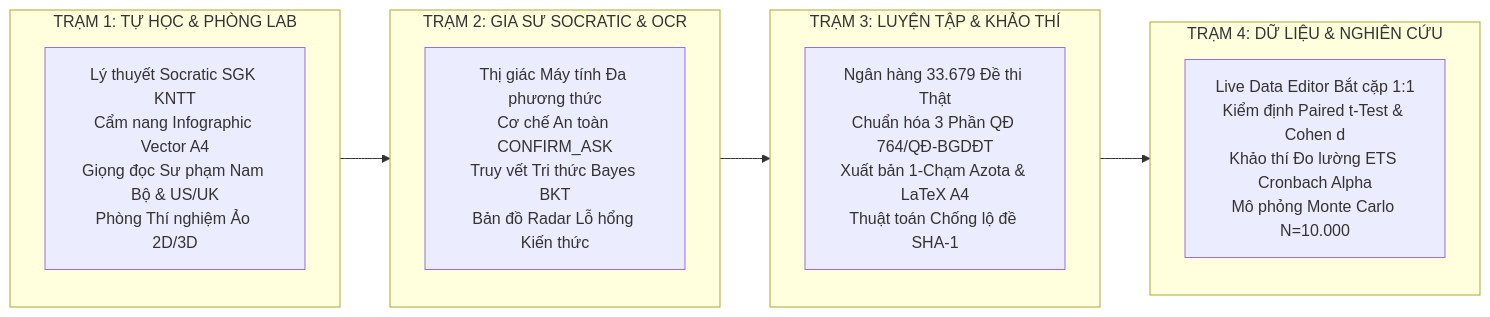
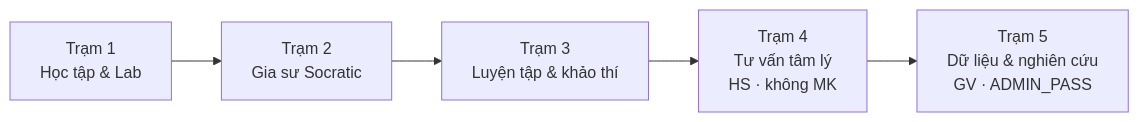
Before and after one commit to ThayTriCute/CLAUDE_VIPGSAI_KHKT2026: the diagram in README.md, drawn with Mermaid. The commit also changed other lines of this file, not shown here.

````diff
--- a/README.md
+++ b/README.md
@@ -48,16 +30,7 @@
 ```mermaid
 flowchart LR
-    subgraph S1 ["TRẠM 1: TỰ HỌC & PHÒNG LAB"]
-        T1["Lý thuyết Socratic SGK KNTT<br/>Cẩm nang Infographic Vector A4<br/>Giọng đọc Sư phạm Nam Bộ & US/UK<br/>Phòng Thí nghiệm Ảo 2D/3D"]
-    end
-    subgraph S2 ["TRẠM 2: GIA SƯ SOCRATIC & OCR"]
-        T2["Thị giác Máy tính Đa phương thức<br/>Cơ chế An toàn CONFIRM_ASK<br/>Truy vết Tri thức Bayes BKT<br/>Bản đồ Radar Lỗ hổng Kiến thức"]
-    end
-    subgraph S3 ["TRẠM 3: LUYỆN TẬP & KHẢO THÍ"]
-        T3["Ngân hàng 33.679 Đề thi Thật<br/>Chuẩn hóa 3 Phần QĐ 764/QĐ-BGDĐT<br/>Xuất bản 1-Chạm Azota & LaTeX A4<br/>Thuật toán Chống lộ đề SHA-1"]
-    end
-    subgraph S4 ["TRẠM 4: DỮ LIỆU & NGHIÊN CỨU"]
-        T4["Live Data Editor Bắt cặp 1:1<br/>Kiểm định Paired t-Test & Cohen d<br/>Khảo thí Đo lường ETS Cronbach Alpha<br/>Mô phỏng Monte Carlo N=10.000"]
-    end
-    S1 --> S2 --> S3 --> S4
+    T1["Trạm 1<br/>Học tập & Lab"] --> T2["Trạm 2<br/>Gia sư Socratic"]
+    T2 --> T3["Trạm 3<br/>Luyện tập & khảo thí"]
+    T3 --> T4["Trạm 4<br/>Tư vấn tâm lý<br/>HS · không MK"]
+    T4 --> T5["Trạm 5<br/>Dữ liệu & nghiên cứu<br/>GV · ADMIN_PASS"]
 ```
````
